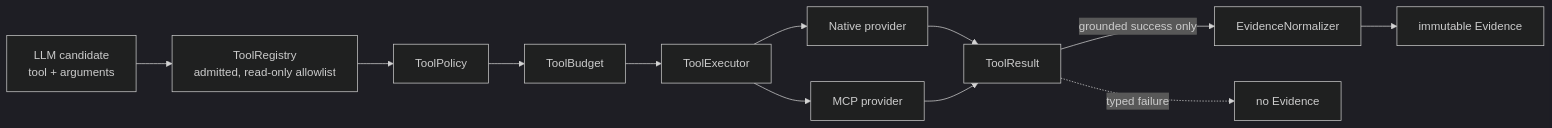
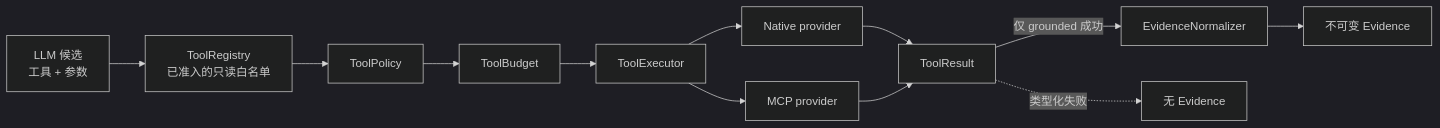
Before and after one commit to xsc683/HISIEM-SOC-Copilot: the second of 8 diagrams in docs/status/architecture-overview.md, drawn with Mermaid (dark theme). The commit also changed other lines of this file, not shown here.

First line of the commit message:
docs(status): translate architecture-overview.md to Chinese

````diff
--- a/docs/status/architecture-overview.md
+++ b/docs/status/architecture-overview.md
@@ -70,25 +68,25 @@
 ```mermaid
 flowchart LR
-    LLM["LLM candidate<br/>tool + arguments"]
-    REG["ToolRegistry<br/>admitted, read-only allowlist"]
+    LLM["LLM 候选<br/>工具 + 参数"]
+    REG["ToolRegistry<br/>已准入的只读白名单"]
     POL["ToolPolicy"]
     BUD["ToolBudget"]
     EXE["ToolExecutor"]
     NAT["Native provider"]
     MCP["MCP provider"]
     TR["ToolResult"]
     NORM["EvidenceNormalizer"]
-    EV["immutable Evidence"]
+    EV["不可变 Evidence"]
 
     LLM --> REG
     REG --> POL
     POL --> BUD
     BUD --> EXE
     EXE --> NAT
     EXE --> MCP
     NAT --> TR
     MCP --> TR
-    TR -->|"grounded success only"| NORM
+    TR -->|"仅 grounded 成功"| NORM
     NORM --> EV
-    TR -.->|"typed failure"| X["no Evidence"]
+    TR -.->|"类型化失败"| X["无 Evidence"]
 ```
````
